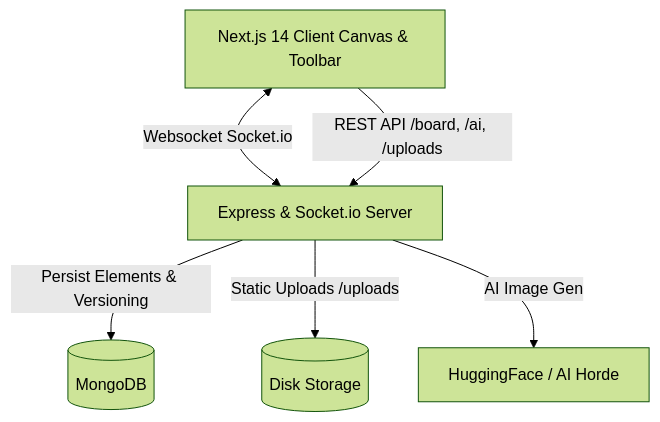
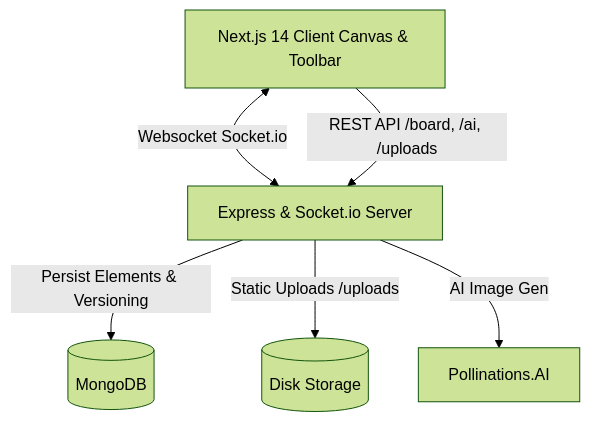
One commit to ABHIGYA0205/whiteboard changed the diagram in README.md. Above: the diagram before and after it, drawn with Mermaid (forest theme). The commit also changed other lines of this file and 6 other files, not shown here.

````diff
--- a/README.md
+++ b/README.md
@@ -9,8 +9,8 @@
 ```mermaid
 graph TD
     Client[Next.js 14 Client Canvas & Toolbar] <-->|Websocket Socket.io| Server[Express & Socket.io Server]
     Client -->|REST API /board, /ai, /uploads| Server
     Server -->|Persist Elements & Versioning| Mongo[(MongoDB)]
     Server -->|Static Uploads /uploads| FS[(Disk Storage)]
-    Server -->|AI Image Gen| HF[HuggingFace / AI Horde]
+    Server -->|AI Image Gen| AI[Pollinations.AI]
 ```
````
